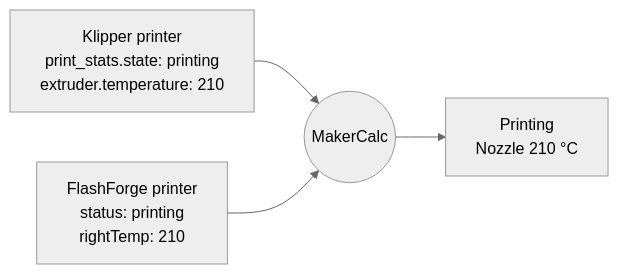
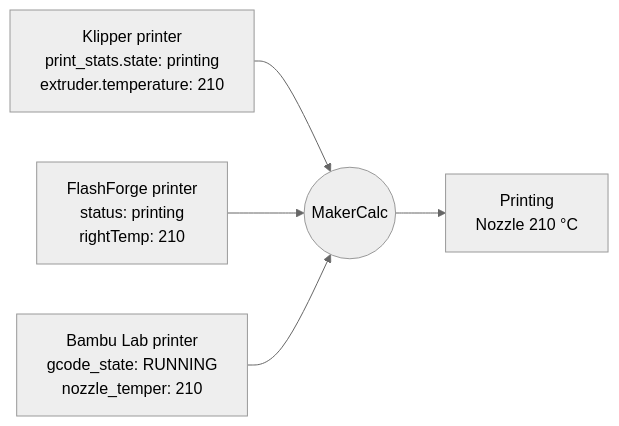
The first of 3 diagrams in README.md (kkkohdeh/MakerCalcApp), drawn with Mermaid (neutral theme) before and after one commit. The commit also changed other lines of this file, not shown here.

Commit message:
Document Bambu Lab support

````diff
--- a/README.md
+++ b/README.md
@@ -47,6 +49,7 @@
 ```mermaid
 flowchart LR
     K["Klipper printer<br/>print_stats.state: printing<br/>extruder.temperature: 210"] --> M(("MakerCalc"))
     F["FlashForge printer<br/>status: printing<br/>rightTemp: 210"] --> M
+    B["Bambu Lab printer<br/>gcode_state: RUNNING<br/>nozzle_temper: 210"] --> M
     M --> C["Printing<br/>Nozzle 210 °C"]
 ```
````
